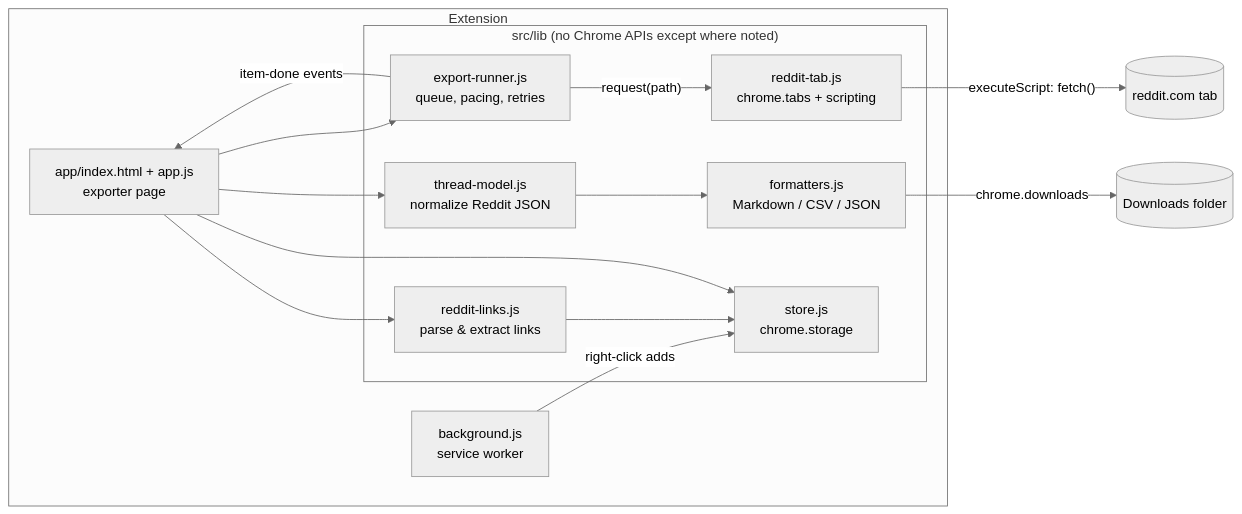
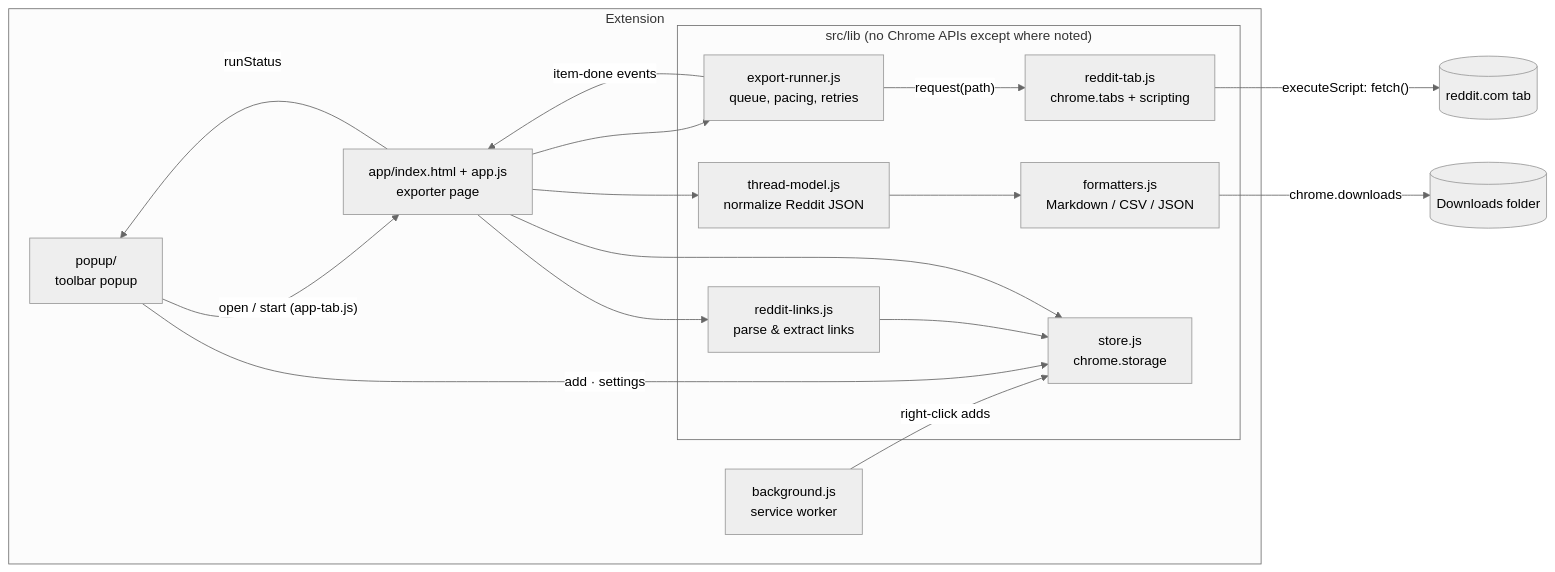
The first of 2 diagrams in docs/ARCHITECTURE.md (AleksKamb/reddit-thread-exporter), drawn with Mermaid (neutral theme) before and after one commit. The commit also changed other lines of this file and 14 other files, not shown here.

````diff
--- a/docs/ARCHITECTURE.md
+++ b/docs/ARCHITECTURE.md
@@ -7,23 +7,27 @@
 ```mermaid
 flowchart LR
   subgraph Extension
     BG["background.js<br/>service worker"]
+    POP["popup/<br/>toolbar popup"]
     APP["app/index.html + app.js<br/>exporter page"]
     subgraph lib["src/lib (no Chrome APIs except where noted)"]
       LINKS["reddit-links.js<br/>parse & extract links"]
       RUNNER["export-runner.js<br/>queue, pacing, retries"]
       MODEL["thread-model.js<br/>normalize Reddit JSON"]
       FMT["formatters.js<br/>Markdown / CSV / JSON"]
       TAB["reddit-tab.js<br/>chrome.tabs + scripting"]
       STORE["store.js<br/>chrome.storage"]
     end
   end
   REDDIT[("reddit.com tab")]
   DL[("Downloads folder")]
 
   BG -- "right-click adds" --> STORE
+  POP -- "add · settings" --> STORE
+  POP -- "open / start (app-tab.js)" --> APP
+  APP -- "runStatus" --> POP
   APP --> LINKS --> STORE
   APP --> RUNNER -- "request(path)" --> TAB -- "executeScript: fetch()" --> REDDIT
   RUNNER -- "item-done events" --> APP --> STORE
   APP --> MODEL --> FMT -- "chrome.downloads" --> DL
 ```
````
